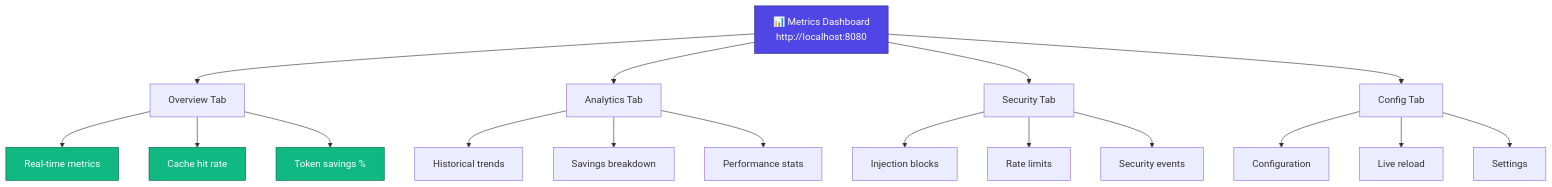
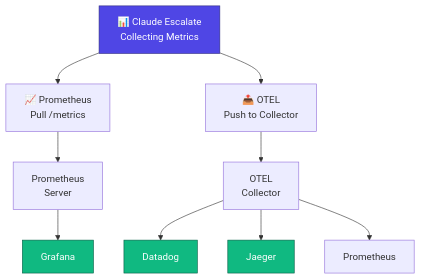
The diagram in docs/METRICS.md (szibis/LLMSentinel), drawn with Mermaid before and after one commit. The commit also changed other lines of this file and 3 other files, not shown here.

First line of the commit message:
docs: replace all text diagrams with mermaid diagrams

````diff
--- a/docs/METRICS.md
+++ b/docs/METRICS.md
@@ -11,28 +11,18 @@
 ```mermaid
 graph TD
-    A["📊 Metrics Dashboard<br/>http://localhost:8080"] --> B["Overview Tab"]
-    A --> C["Analytics Tab"]
-    A --> D["Security Tab"]
-    A --> E["Config Tab"]
+    A["📊 Claude Escalate<br/>Collecting Metrics"] --> B["📈 Prometheus<br/>Pull /metrics"]
+    A --> C["📤 OTEL<br/>Push to Collector"]
     
-    B --> B1["Real-time metrics"]
-    B --> B2["Cache hit rate"]
-    B --> B3["Token savings %"]
+    B --> B1["Prometheus<br/>Server"]
+    B1 --> B2["Grafana"]
     
-    C --> C1["Historical trends"]
-    C --> C2["Savings breakdown"]
-    C --> C3["Performance stats"]
-    
-    D --> D1["Injection blocks"]
-    D --> D2["Rate limits"]
-    D --> D3["Security events"]
-    
-    E --> E1["Configuration"]
-    E --> E2["Live reload"]
-    E --> E3["Settings"]
+    C --> C1["OTEL<br/>Collector"]
+    C1 --> C2["Datadog"]
+    C1 --> C3["Jaeger"]
+    C1 --> C4["Prometheus"]
     
     style A fill:#4F46E5,stroke:#312E81,color:#fff
-    style B1 fill:#10B981,stroke:#065F46,color:#fff
     style B2 fill:#10B981,stroke:#065F46,color:#fff
-    style B3 fill:#10B981,stroke:#065F46,color:#fff
+    style C2 fill:#10B981,stroke:#065F46,color:#fff
+    style C3 fill:#10B981,stroke:#065F46,color:#fff
 ```
````
